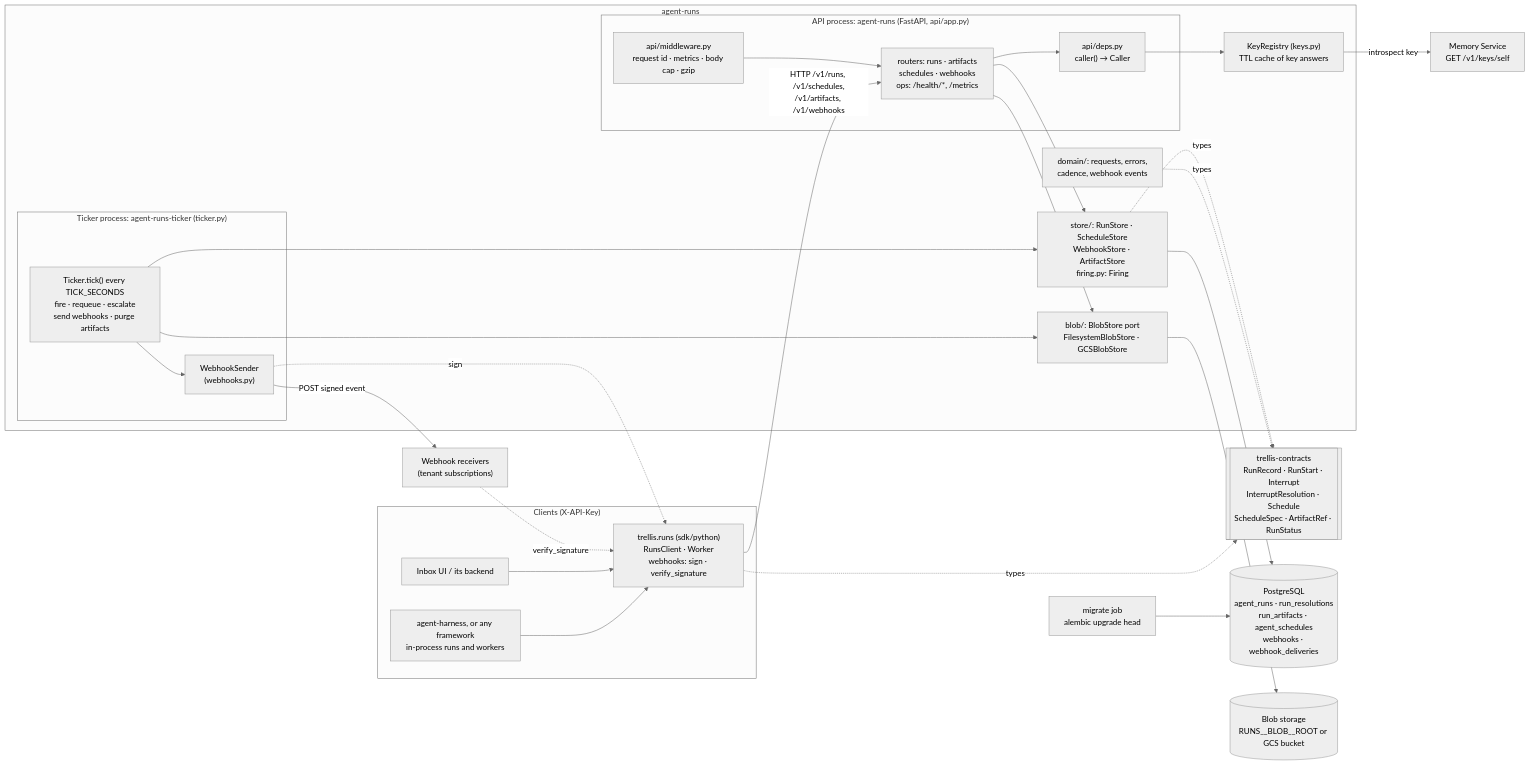
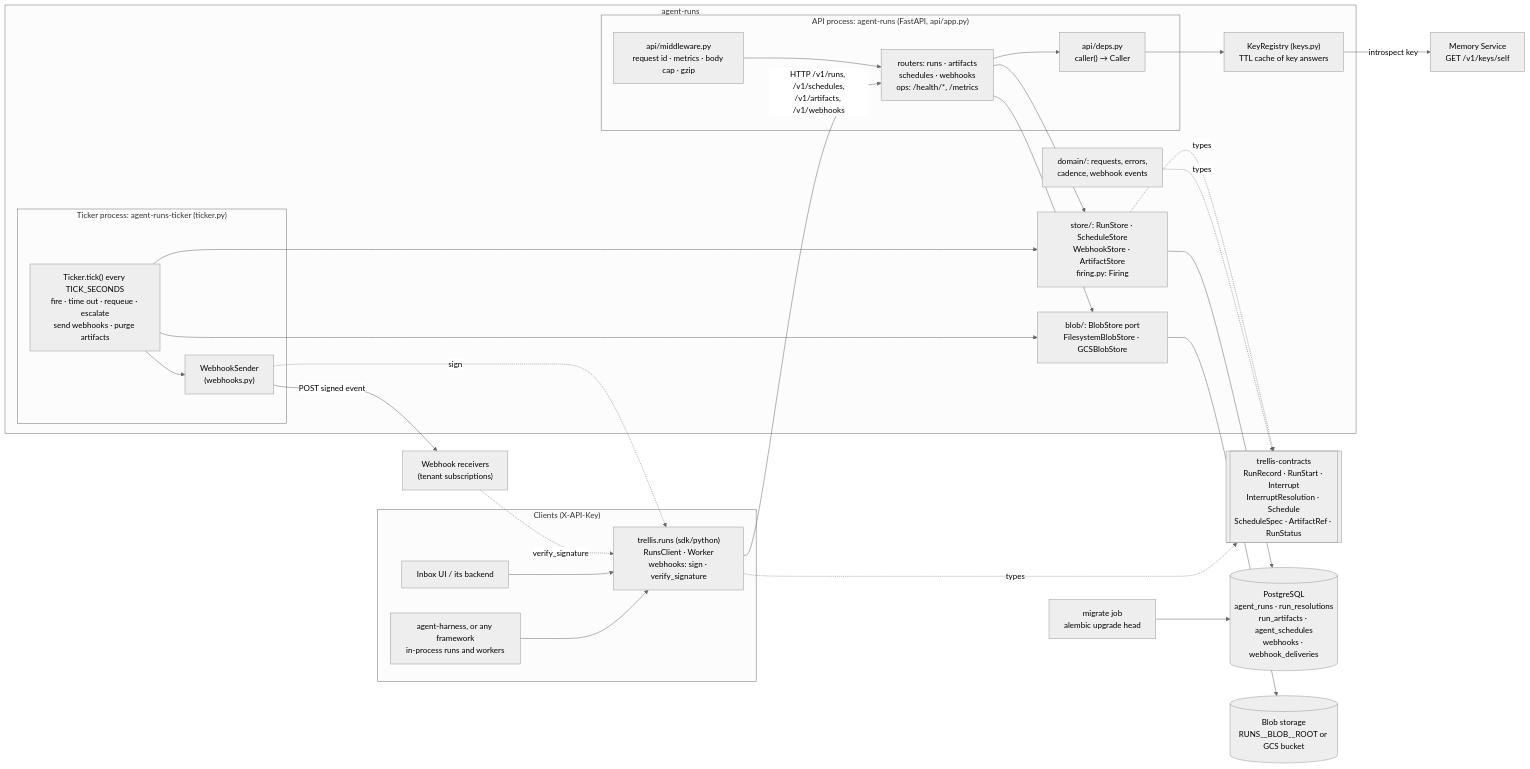
Before and after one commit to amitmohapatra/agent-runs: the first of 5 diagrams in docs/ARCHITECTURE.md, drawn with Mermaid (neutral theme). The commit also changed other lines of this file and 27 other files, not shown here.

````diff
--- a/docs/ARCHITECTURE.md
+++ b/docs/ARCHITECTURE.md
@@ -23,50 +23,50 @@
 ```mermaid
 flowchart LR
   subgraph clients["Clients (X-API-Key)"]
     harness["agent-harness, or any framework<br/>in-process runs and workers"]
     ui["Inbox UI / its backend"]
     sdk["trellis.runs (sdk/python)<br/>RunsClient · Worker<br/>webhooks: sign · verify_signature"]
   end
 
   subgraph runs["agent-runs"]
     subgraph api["API process: agent-runs (FastAPI, api/app.py)"]
       deps["api/deps.py<br/>caller() → Caller"]
       mw["api/middleware.py<br/>request id · metrics · body cap · gzip"]
       routers["routers: runs · artifacts<br/>schedules · webhooks<br/>ops: /health/*, /metrics"]
     end
     subgraph tick["Ticker process: agent-runs-ticker (ticker.py)"]
-      ticker["Ticker.tick() every TICK_SECONDS<br/>fire · requeue · escalate<br/>send webhooks · purge artifacts"]
+      ticker["Ticker.tick() every TICK_SECONDS<br/>fire · time out · requeue · escalate<br/>send webhooks · purge artifacts"]
       sender["WebhookSender<br/>(webhooks.py)"]
     end
     keys["KeyRegistry (keys.py)<br/>TTL cache of key answers"]
     stores["store/: RunStore · ScheduleStore<br/>WebhookStore · ArtifactStore<br/>firing.py: Firing"]
     domain["domain/: requests, errors,<br/>cadence, webhook events"]
     blobport["blob/: BlobStore port<br/>FilesystemBlobStore · GCSBlobStore"]
   end
 
   contracts[["trellis-contracts<br/>RunRecord · RunStart · Interrupt<br/>InterruptResolution · Schedule<br/>ScheduleSpec · ArtifactRef · RunStatus"]]
   memory["Memory Service<br/>GET /v1/keys/self"]
   pg[("PostgreSQL<br/>agent_runs · run_resolutions<br/>run_artifacts · agent_schedules<br/>webhooks · webhook_deliveries")]
   blob[("Blob storage<br/>RUNS__BLOB__ROOT or GCS bucket")]
   receivers["Webhook receivers<br/>(tenant subscriptions)"]
   migrate["migrate job<br/>alembic upgrade head"]
 
   harness --> sdk
   ui --> sdk
   sdk -- "HTTP /v1/runs, /v1/schedules,<br/>/v1/artifacts, /v1/webhooks" --> routers
   mw --> routers
   routers --> deps --> keys -- "introspect key" --> memory
   routers --> stores
   routers --> blobport
   ticker --> stores
   ticker --> blobport
   ticker --> sender -- "POST signed event" --> receivers
   sender -. "sign" .-> sdk
   receivers -. "verify_signature" .-> sdk
   stores --> pg
   blobport --> blob
   migrate --> pg
   domain -. "types" .-> contracts
   stores -. "types" .-> contracts
   sdk -. "types" .-> contracts
 ```
````
